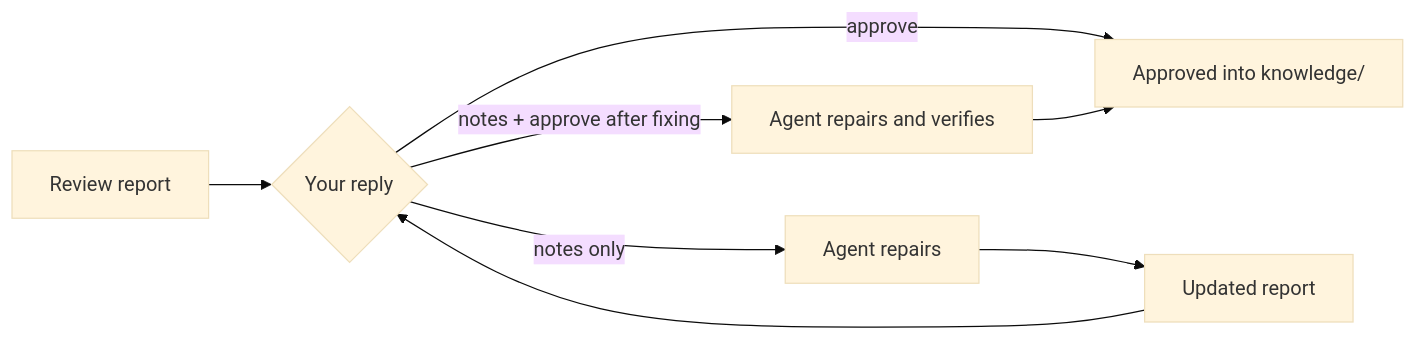
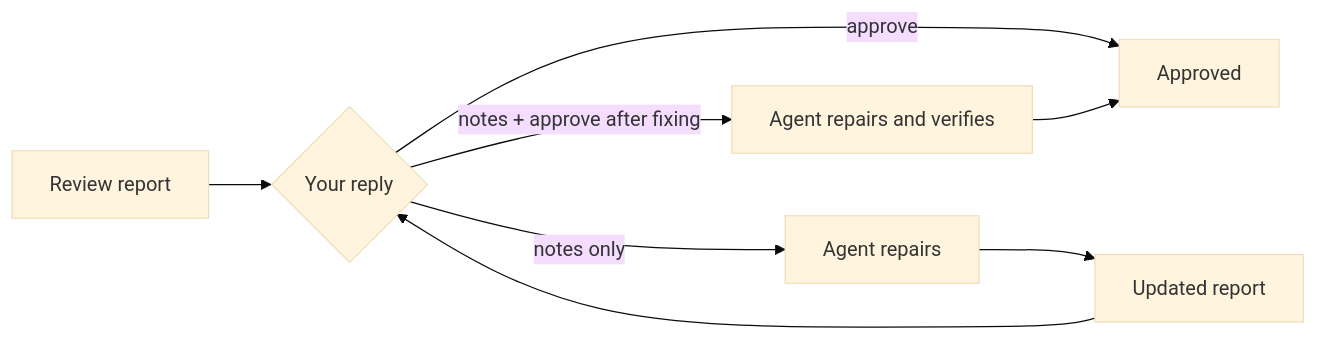
One commit to context4ai/portal changed the diagram in knowledge/sop/review-and-revision/reading-review-reports.md. Above: the diagram before and after it, drawn with Mermaid (base theme). The commit also changed other lines of this file and 129 other files, not shown here.

````diff
--- a/knowledge/sop/review-and-revision/reading-review-reports.md
+++ b/knowledge/sop/review-and-revision/reading-review-reports.md
@@ -40,10 +41,10 @@
 ```mermaid
 flowchart LR
   rep["Review report"] --> a{"Your reply"}
-  a -->|approve| ok["Approved into knowledge/"]
+  a -->|approve| ok["Approved"]
   a -->|notes only| fix["Agent repairs"]
   fix --> rep2["Updated report"]
   rep2 --> a
   a -->|notes + approve after fixing| fix2["Agent repairs and verifies"]
   fix2 --> ok
 ```
````
